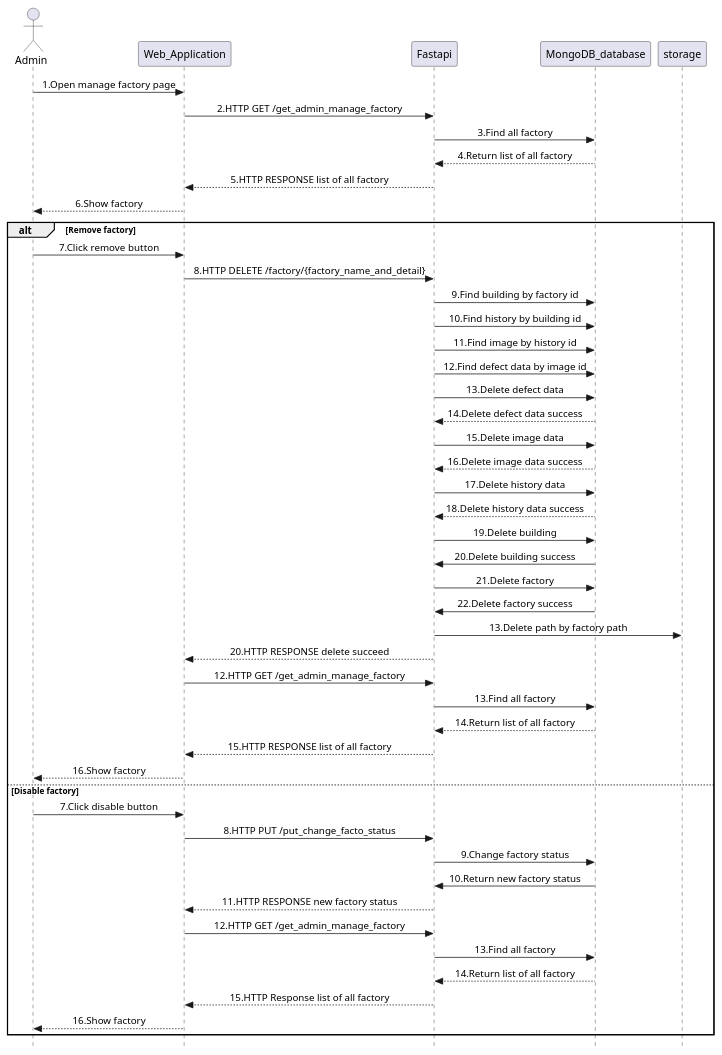
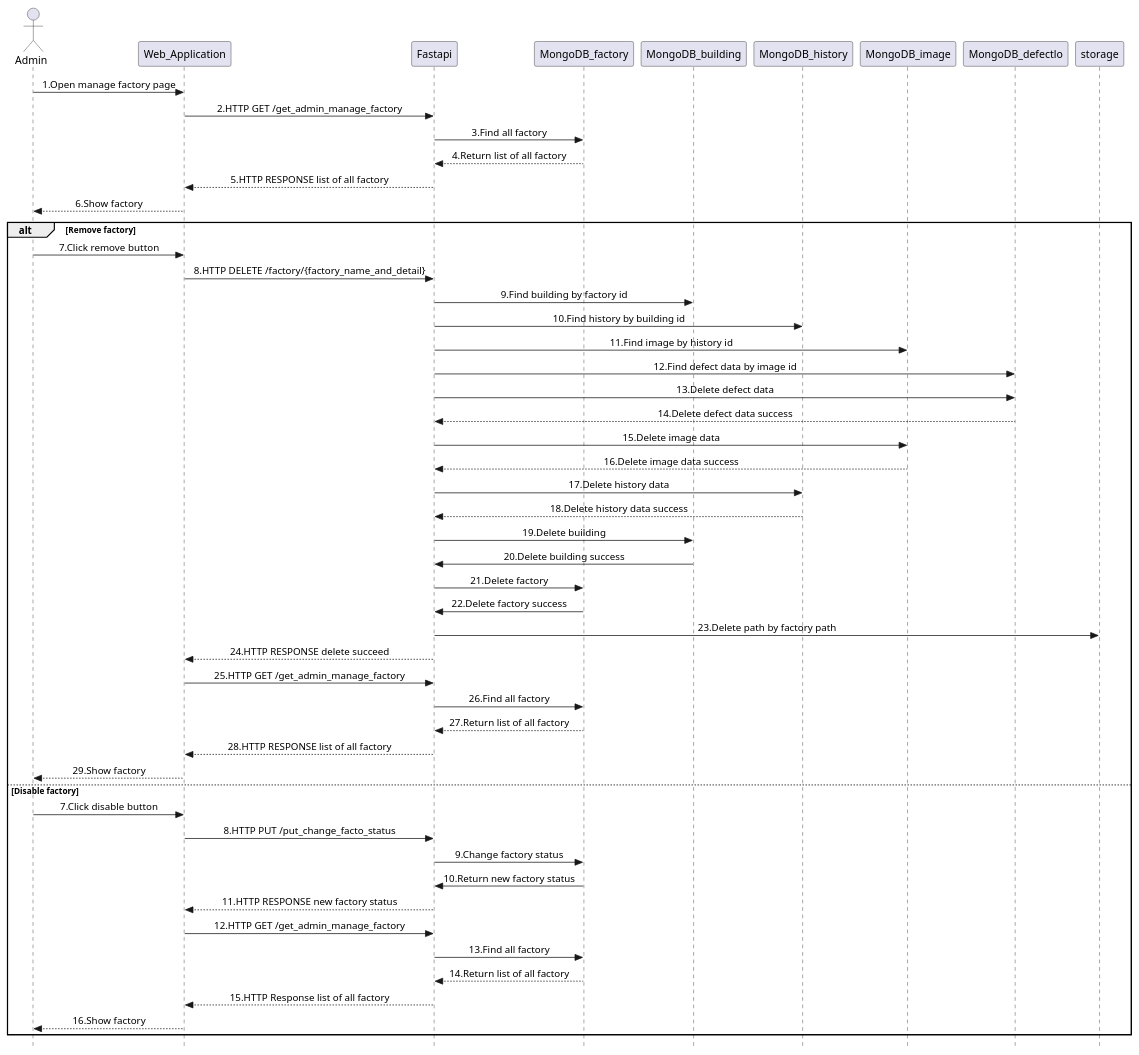
One commit to pasin2545/sequence-diagram changed the diagram in Admin_manageFactory.plantuml. Above: the diagram before and after it, drawn with PlantUML. The commit also changed 19 other files, not shown here.

Commit message:
update DB in sequence diagram

```diff
--- a/Admin_manageFactory.plantuml
+++ b/Admin_manageFactory.plantuml
@@ -1,51 +1,55 @@
 @startuml Roof_Surface_Admin_manageFactory
 skinparam Style strictuml
 skinparam SequenceMessageAlignment center
 actor Admin as admin
 participant Web_Application as web_app
 participant Fastapi as fastapi
-participant MongoDB_database as base
+participant MongoDB_factory as factory
+participant MongoDB_building as building
+participant MongoDB_history as history
+participant MongoDB_image as image
+participant MongoDB_defectlo as defect
 admin -> web_app : 1.Open manage factory page
 web_app -> fastapi : 2.HTTP GET /get_admin_manage_factory
-fastapi -> base : 3.Find all factory
-base --> fastapi : 4.Return list of all factory
+fastapi -> factory : 3.Find all factory
+factory --> fastapi : 4.Return list of all factory
 fastapi --> web_app : 5.HTTP RESPONSE list of all factory
 web_app --> admin : 6.Show factory
 alt Remove factory
 admin -> web_app : 7.Click remove button
 web_app -> fastapi : 8.HTTP DELETE /factory/{factory_name_and_detail}
-fastapi -> base : 9.Find building by factory id
-fastapi -> base :10.Find history by building id
-fastapi -> base : 11.Find image by history id
-fastapi -> base : 12.Find defect data by image id
-fastapi -> base : 13.Delete defect data
-base --> fastapi : 14.Delete defect data success
-fastapi -> base : 15.Delete image data
-base --> fastapi : 16.Delete image data success
-fastapi -> base : 17.Delete history data
-base --> fastapi : 18.Delete history data success 
-fastapi -> base : 19.Delete building
-base -> fastapi : 20.Delete building success
-fastapi -> base : 21.Delete factory 
-base -> fastapi : 22.Delete factory success
-fastapi -> storage : 13.Delete path by factory path
-fastapi --> web_app : 20.HTTP RESPONSE delete succeed
-web_app -> fastapi : 12.HTTP GET /get_admin_manage_factory
-fastapi -> base : 13.Find all factory
-base --> fastapi : 14.Return list of all factory
-fastapi --> web_app : 15.HTTP RESPONSE list of all factory
-web_app --> admin : 16.Show factory
+fastapi -> building : 9.Find building by factory id
+fastapi -> history :10.Find history by building id
+fastapi -> image : 11.Find image by history id
+fastapi -> defect : 12.Find defect data by image id
+fastapi -> defect : 13.Delete defect data
+defect --> fastapi : 14.Delete defect data success
+fastapi -> image : 15.Delete image data
+image --> fastapi : 16.Delete image data success
+fastapi -> history : 17.Delete history data
+history --> fastapi : 18.Delete history data success 
+fastapi -> building : 19.Delete building
+building -> fastapi : 20.Delete building success
+fastapi -> factory : 21.Delete factory 
+factory -> fastapi : 22.Delete factory success
+fastapi -> storage : 23.Delete path by factory path
+fastapi --> web_app : 24.HTTP RESPONSE delete succeed
+web_app -> fastapi : 25.HTTP GET /get_admin_manage_factory
+fastapi -> factory : 26.Find all factory
+factory --> fastapi : 27.Return list of all factory
+fastapi --> web_app : 28.HTTP RESPONSE list of all factory
+web_app --> admin : 29.Show factory
 else Disable factory
 admin -> web_app : 7.Click disable button
 web_app -> fastapi : 8.HTTP PUT /put_change_facto_status
-fastapi -> base : 9.Change factory status
-base -> fastapi : 10.Return new factory status
+fastapi -> factory : 9.Change factory status
+factory -> fastapi : 10.Return new factory status
 fastapi --> web_app : 11.HTTP RESPONSE new factory status
 web_app -> fastapi : 12.HTTP GET /get_admin_manage_factory
-fastapi -> base : 13.Find all factory
-base --> fastapi : 14.Return list of all factory
+fastapi -> factory : 13.Find all factory
+factory --> fastapi : 14.Return list of all factory
 fastapi --> web_app : 15.HTTP Response list of all factory
 web_app --> admin : 16.Show factory
 
 end
 @enduml
```
